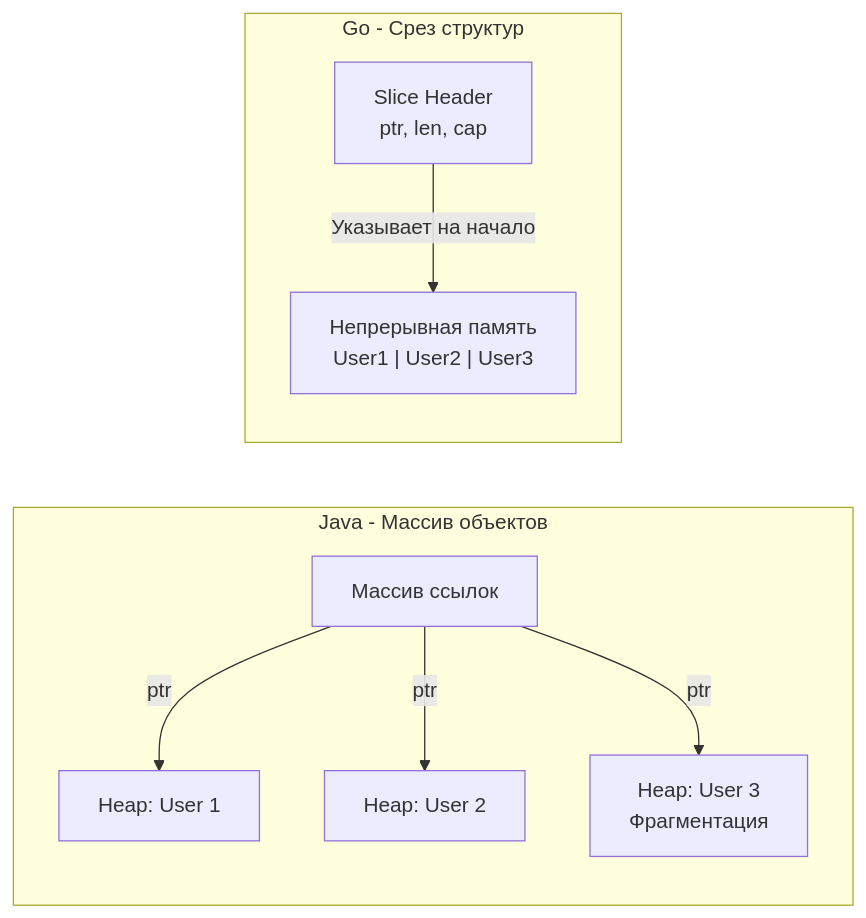
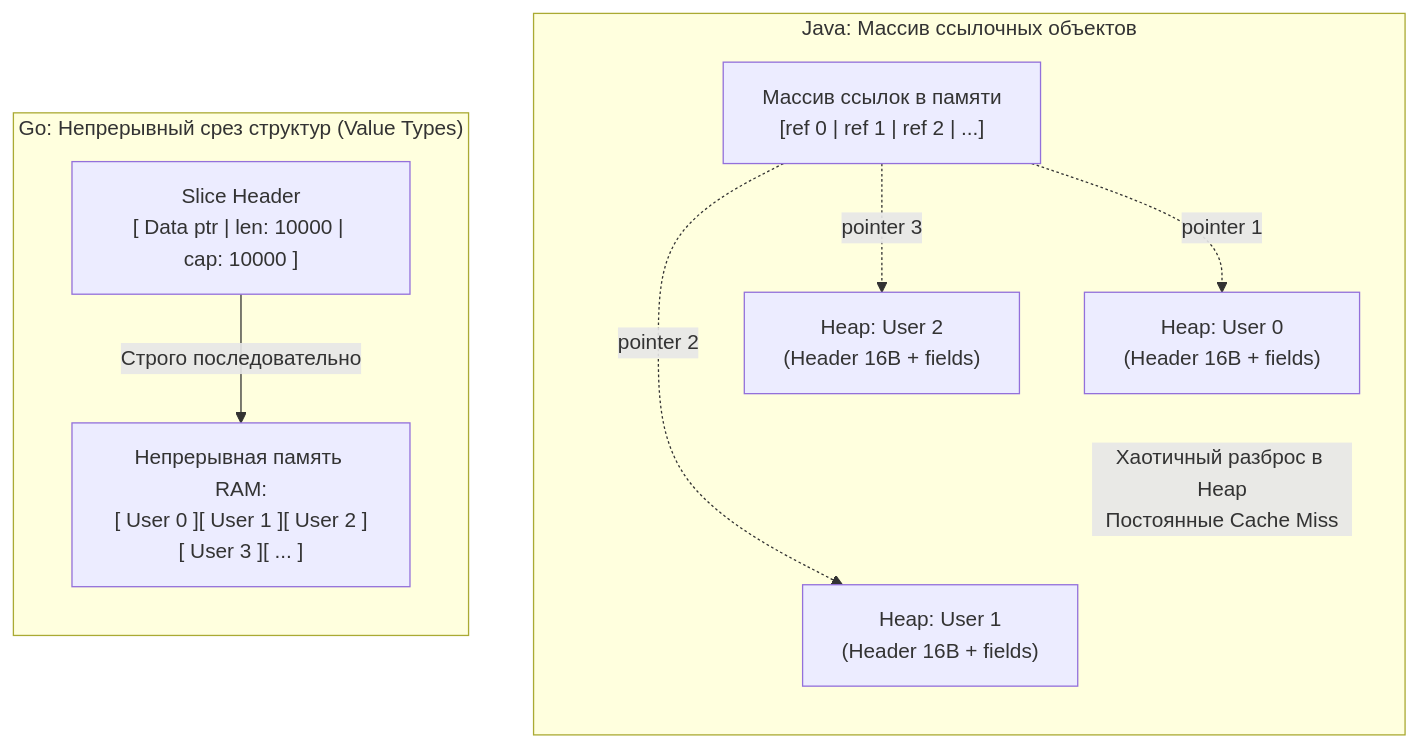
Before and after one commit to UnrealTemplier/go-textbook: the first of 2 diagrams in sources/4. История и философия Go/4. Почему Go не похож на Java, C++ и C#.md, drawn with Mermaid. The commit also changed other lines of this file, not shown here.

Commit message:
feat(module-04): editorial rewrite of Lecture 04 (Why Go is not like Java, C++ and C#) in Kernighan style

````diff
--- a/sources/4. История и философия Go/4. Почему Go не похож на Java, C++ и C#.md
+++ b/sources/4. История и философия Go/4. Почему Go не похож на Java, C++ и C#.md
@@ -17,11 +46,21 @@
 ```mermaid
-flowchart LR
-    subgraph Java - Массив объектов
-        A["Массив ссылок"] -->|"ptr"| B["Heap: User 1"]
-        A -->|"ptr"| C["Heap: User 2"]
-        A -->|"ptr"| D["Heap: User 3<br>Фрагментация"]
+flowchart TD
+    subgraph Java["Java: Массив ссылочных объектов"]
+        direction TB
+        A["Массив ссылок в памяти<br>[ref 0 | ref 1 | ref 2 | ...]"]
+        B["Heap: User 0<br>(Header 16B + fields)"]
+        C["Heap: User 1<br>(Header 16B + fields)"]
+        D["Heap: User 2<br>(Header 16B + fields)"]
+        A -.->|"pointer 1"| B
+        A -.->|"pointer 2"| C
+        A -.->|"pointer 3"| D
+        B ~~~|"Хаотичный разброс в Heap<br>Постоянные Cache Miss"| C
     end
-    subgraph Go - Срез структур
-        E["Slice Header<br>ptr, len, cap"] -->|"Указывает на начало"| F["Непрерывная память<br>User1 | User2 | User3"]
+
+    subgraph Go["Go: Непрерывный срез структур (Value Types)"]
+        direction TB
+        E["Slice Header<br>[ Data ptr | len: 10000 | cap: 10000 ]"]
+        F["Непрерывная память RAM:<br>[ User 0 ][ User 1 ][ User 2 ][ User 3 ][ ... ]"]
+        E -->|"Строго последовательно"| F
     end
 ```
````
